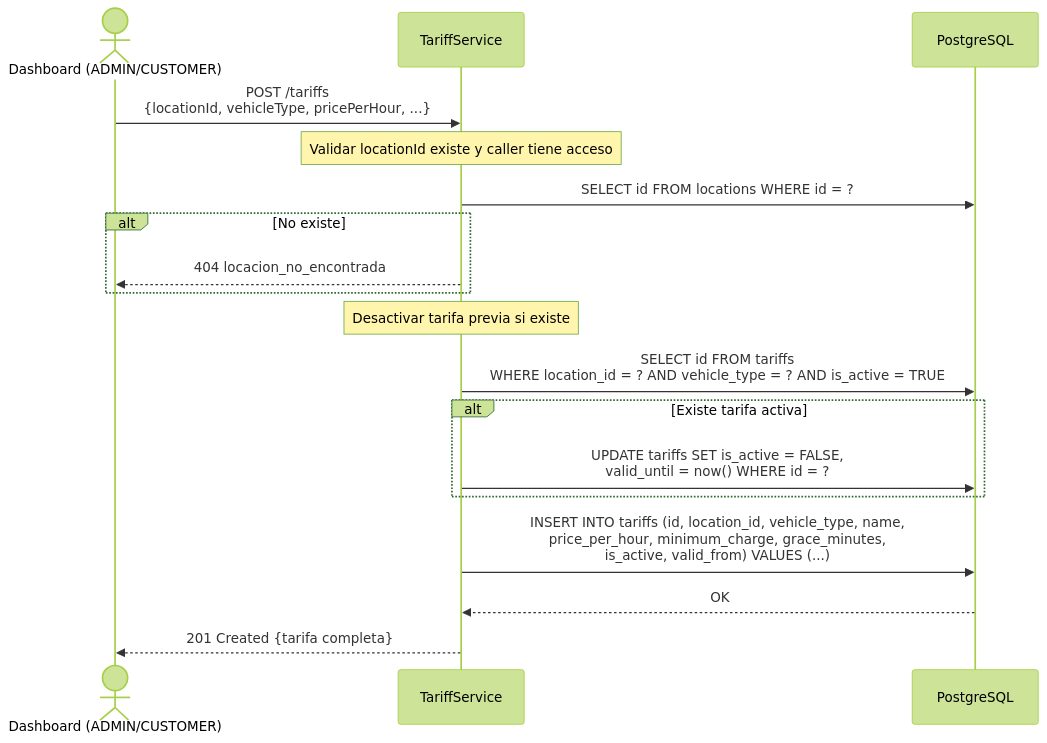
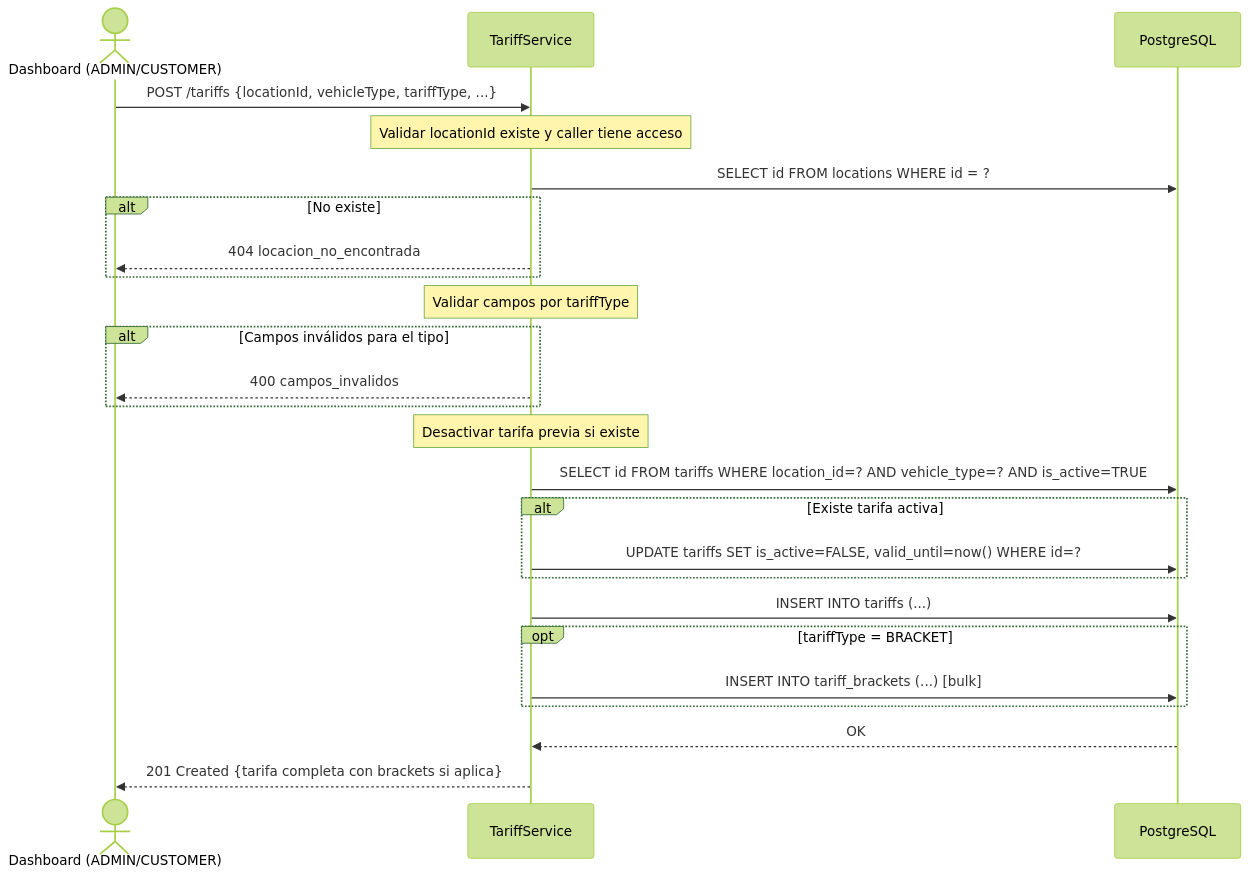
Before and after one commit to andressep95/parking-app-backend: the diagram in docs/user-stories/US-009-gestion-tarifas.md, drawn with Mermaid (forest theme). The commit also changed other lines of this file and 11 other files, not shown here.

First line of the commit message:
feat(tariff): implement dynamic three-type tariff model

````diff
--- a/docs/user-stories/US-009-gestion-tarifas.md
+++ b/docs/user-stories/US-009-gestion-tarifas.md
@@ -112,25 +256,33 @@
 ```mermaid
 sequenceDiagram
     actor USR as Dashboard (ADMIN/CUSTOMER)
     participant API as TariffService
     participant DB  as PostgreSQL
 
-    USR->>API: POST /tariffs<br/>{locationId, vehicleType, pricePerHour, ...}
+    USR->>API: POST /tariffs {locationId, vehicleType, tariffType, ...}
 
     Note over API: Validar locationId existe y caller tiene acceso
     API->>DB: SELECT id FROM locations WHERE id = ?
     alt No existe
         API-->>USR: 404 locacion_no_encontrada
     end
 
-    Note over API: Desactivar tarifa previa si existe
-    API->>DB: SELECT id FROM tariffs<br/>WHERE location_id = ? AND vehicle_type = ? AND is_active = TRUE
-    alt Existe tarifa activa
-        API->>DB: UPDATE tariffs SET is_active = FALSE,<br/>valid_until = now() WHERE id = ?
+    Note over API: Validar campos por tariffType
+    alt Campos inválidos para el tipo
+        API-->>USR: 400 campos_invalidos
     end
 
-    API->>DB: INSERT INTO tariffs (id, location_id, vehicle_type, name,<br/>price_per_hour, minimum_charge, grace_minutes,<br/>is_active, valid_from) VALUES (...)
+    Note over API: Desactivar tarifa previa si existe
+    API->>DB: SELECT id FROM tariffs WHERE location_id=? AND vehicle_type=? AND is_active=TRUE
+    alt Existe tarifa activa
+        API->>DB: UPDATE tariffs SET is_active=FALSE, valid_until=now() WHERE id=?
+    end
+
+    API->>DB: INSERT INTO tariffs (...)
+    opt tariffType = BRACKET
+        API->>DB: INSERT INTO tariff_brackets (...) [bulk]
+    end
     DB-->>API: OK
 
-    API-->>USR: 201 Created {tarifa completa}
+    API-->>USR: 201 Created {tarifa completa con brackets si aplica}
 ```
````
